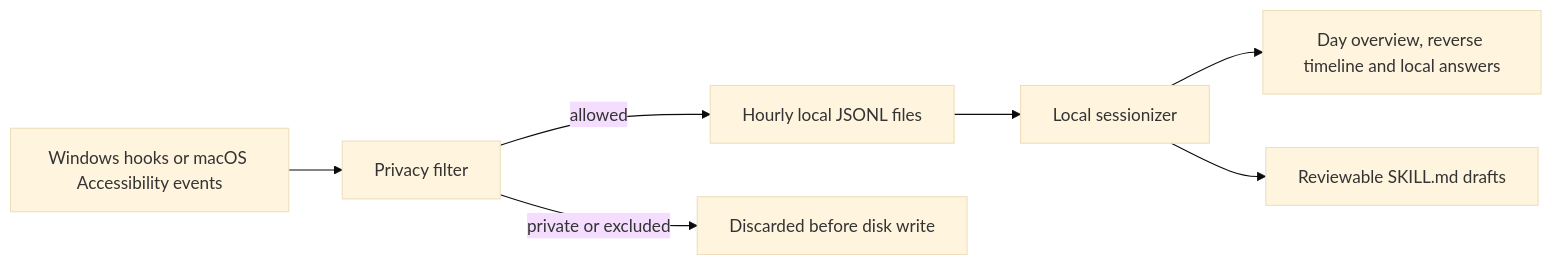
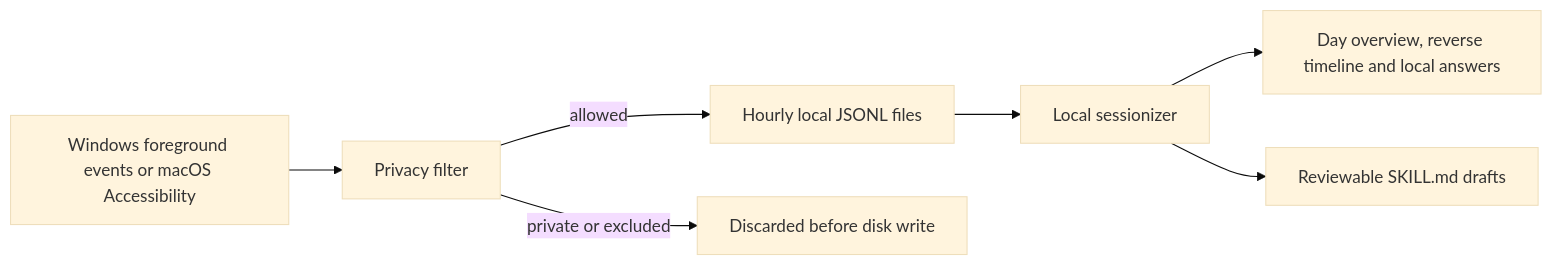
One commit to CaspianG/daytrace changed the diagram in README.md. Above: the diagram before and after it, drawn with Mermaid (base theme). The commit also changed other lines of this file and 17 other files, not shown here.

````diff
--- a/README.md
+++ b/README.md
@@ -107,9 +110,9 @@
 ```mermaid
 flowchart LR
-    A["Windows hooks or macOS Accessibility events"] --> B["Privacy filter"]
+    A["Windows foreground events or macOS Accessibility"] --> B["Privacy filter"]
     B -->|"allowed"| C["Hourly local JSONL files"]
     B -->|"private or excluded"| X["Discarded before disk write"]
     C --> D["Local sessionizer"]
     D --> E["Day overview, reverse timeline and local answers"]
     D --> F["Reviewable SKILL.md drafts"]
 ```
````
